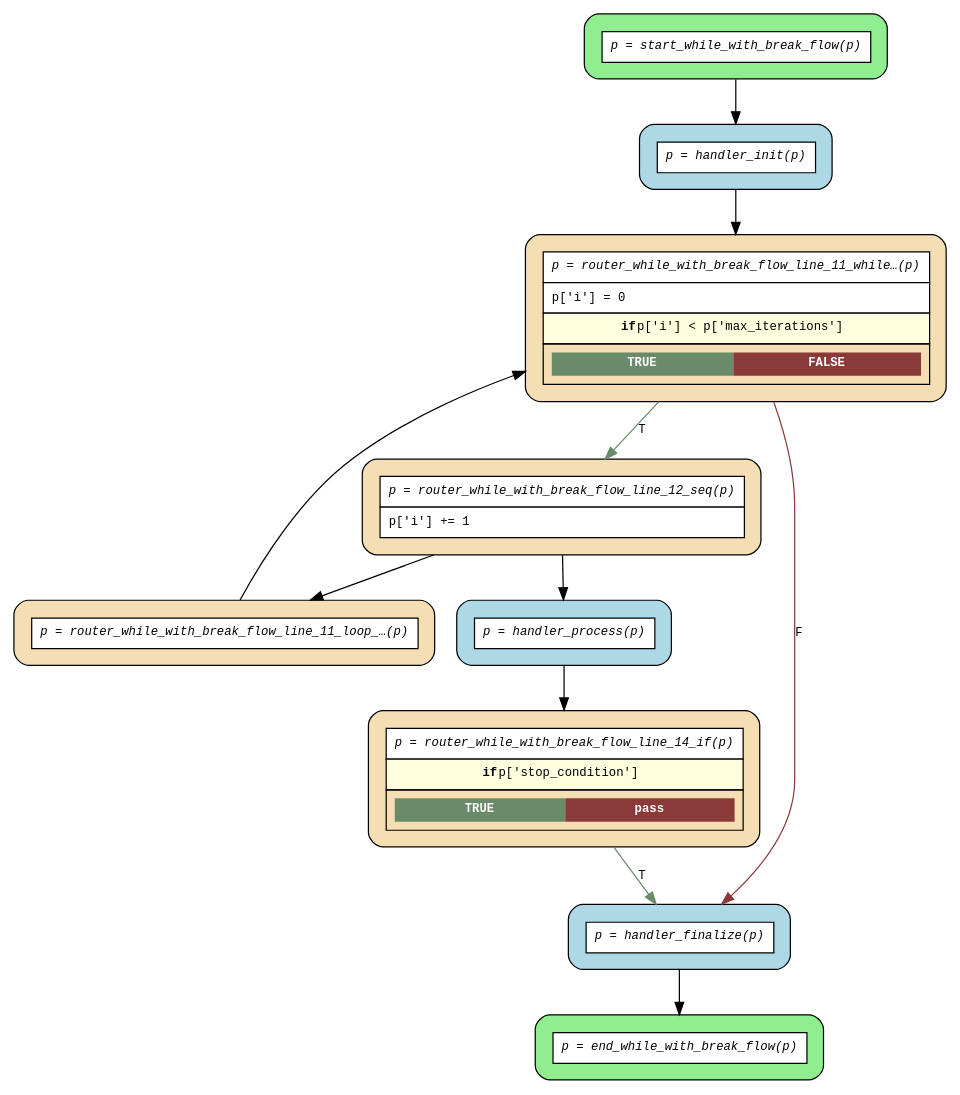
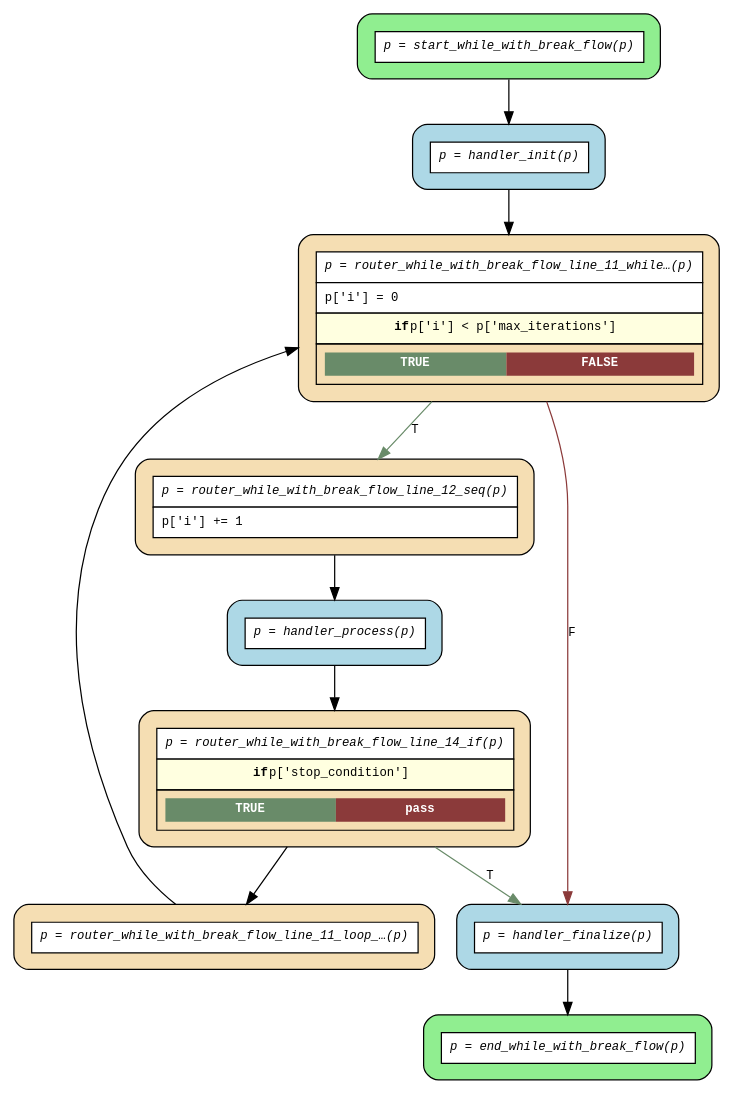
One commit to deliveryhero/asya changed the diagram in examples/flows/compiled/while_with_break/flow.dot. Above: the diagram before and after it, drawn with Graphviz. The commit also changed 29 other files, not shown here.

First line of the commit message:
fix(dotgen): connect while-loop body actors to loop_back router

```diff
--- a/examples/flows/compiled/while_with_break/flow.dot
+++ b/examples/flows/compiled/while_with_break/flow.dot
@@ -1,27 +1,27 @@
 digraph flow {
   rankdir=TB;
   graph [fontname="Courier", fontsize=10];
   node [fontname="Courier", fontsize=10, shape=box, style="filled,rounded", margin="0.2"];
   edge [fontname="Courier", fontsize=10];
 
   start_while_with_break_flow [fillcolor="lightgreen", label=<<table border="0" cellspacing="0" cellpadding="6" cellborder="1"><tr><td bgcolor="white" align="center"><i>p = start_while_with_break_flow(p)</i></td></tr></table>>];
   router_while_with_break_flow_line_14_if [fillcolor="wheat", label=<<table border="0" cellspacing="0" cellpadding="6" cellborder="1"><tr><td bgcolor="white" align="center"><i>p = router_while_with_break_flow_line_14_if(p)</i></td></tr><tr><td bgcolor="lightyellow"><b>if</b> p['stop_condition']</td></tr><tr><td><table border="0" cellspacing="0" cellpadding="4"><tr><td bgcolor="darkseagreen4"><font color="white"><b>TRUE</b></font></td><td bgcolor="indianred4"><font color="white"><b>pass</b></font></td></tr></table></td></tr></table>>];
   router_while_with_break_flow_line_12_seq [fillcolor="wheat", label=<<table border="0" cellspacing="0" cellpadding="6" cellborder="1"><tr><td bgcolor="white" align="center"><i>p = router_while_with_break_flow_line_12_seq(p)</i></td></tr><tr><td bgcolor="white" align="left">p['i'] += 1</td></tr></table>>];
   router_while_with_break_flow_line_11_loop_back_0 [fillcolor="wheat", label=<<table border="0" cellspacing="0" cellpadding="6" cellborder="1"><tr><td bgcolor="white" align="center"><i>p = router_while_with_break_flow_line_11_loop_…(p)</i></td></tr></table>>];
   router_while_with_break_flow_line_11_while_0 [fillcolor="wheat", label=<<table border="0" cellspacing="0" cellpadding="6" cellborder="1"><tr><td bgcolor="white" align="center"><i>p = router_while_with_break_flow_line_11_while…(p)</i></td></tr><tr><td bgcolor="white" align="left">p['i'] = 0</td></tr><tr><td bgcolor="lightyellow"><b>if</b> p['i'] &lt; p['max_iterations']</td></tr><tr><td><table border="0" cellspacing="0" cellpadding="4"><tr><td bgcolor="darkseagreen4"><font color="white"><b>TRUE</b></font></td><td bgcolor="indianred4"><font color="white"><b>FALSE</b></font></td></tr></table></td></tr></table>>];
   end_while_with_break_flow [fillcolor="lightgreen", label=<<table border="0" cellspacing="0" cellpadding="6" cellborder="1"><tr><td bgcolor="white" align="center"><i>p = end_while_with_break_flow(p)</i></td></tr></table>>];
   handler_finalize [fillcolor="lightblue", label=<<table border="0" cellspacing="0" cellpadding="6" cellborder="1"><tr><td bgcolor="white" align="center"><i>p = handler_finalize(p)</i></td></tr></table>>];
   handler_init [fillcolor="lightblue", label=<<table border="0" cellspacing="0" cellpadding="6" cellborder="1"><tr><td bgcolor="white" align="center"><i>p = handler_init(p)</i></td></tr></table>>];
   handler_process [fillcolor="lightblue", label=<<table border="0" cellspacing="0" cellpadding="6" cellborder="1"><tr><td bgcolor="white" align="center"><i>p = handler_process(p)</i></td></tr></table>>];
 
   handler_finalize -> end_while_with_break_flow;
   handler_init -> router_while_with_break_flow_line_11_while_0;
   handler_process -> router_while_with_break_flow_line_14_if;
   router_while_with_break_flow_line_11_loop_back_0 -> router_while_with_break_flow_line_11_while_0 [constraint=false];
   router_while_with_break_flow_line_11_while_0 -> handler_finalize [label="F", color=indianred4];
   router_while_with_break_flow_line_11_while_0 -> router_while_with_break_flow_line_12_seq [label="T", color=darkseagreen4];
   router_while_with_break_flow_line_12_seq -> handler_process;
-  router_while_with_break_flow_line_12_seq -> router_while_with_break_flow_line_11_loop_back_0;
   router_while_with_break_flow_line_14_if -> handler_finalize [label="T", color=darkseagreen4];
+  router_while_with_break_flow_line_14_if -> router_while_with_break_flow_line_11_loop_back_0;
   start_while_with_break_flow -> handler_init;
 }
```
